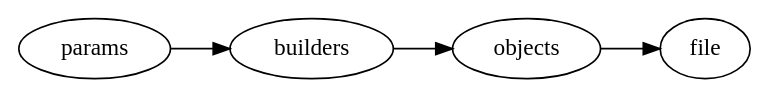
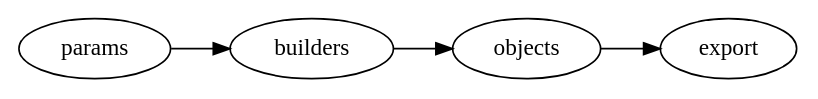
The diagram in README.org (brettviren/gegede), drawn with Graphviz before and after one commit. The commit also changed other lines of this file and 2 other files, not shown here.

```diff
--- a/README.org
+++ b/README.org
@@ -11,10 +11,8 @@
-#+BEGIN_SRC dot :cmd dot :cmdline -Tpng :file highlevel.png :exports results :post (org-redisplay-inline-images)
-  # note: make the the following diagram
-  # github org parser exposes this but shouldn't
+#+BEGIN_SRC dot :cmd dot :cmdline -Tpng :file highlevel.png :exports results 
   digraph "highlevel" {
     rankdir=LR;
     params -> builders;
     builders -> objects;
-    objects -> file;
+    objects -> export;
   }
 #+END_SRC
```
